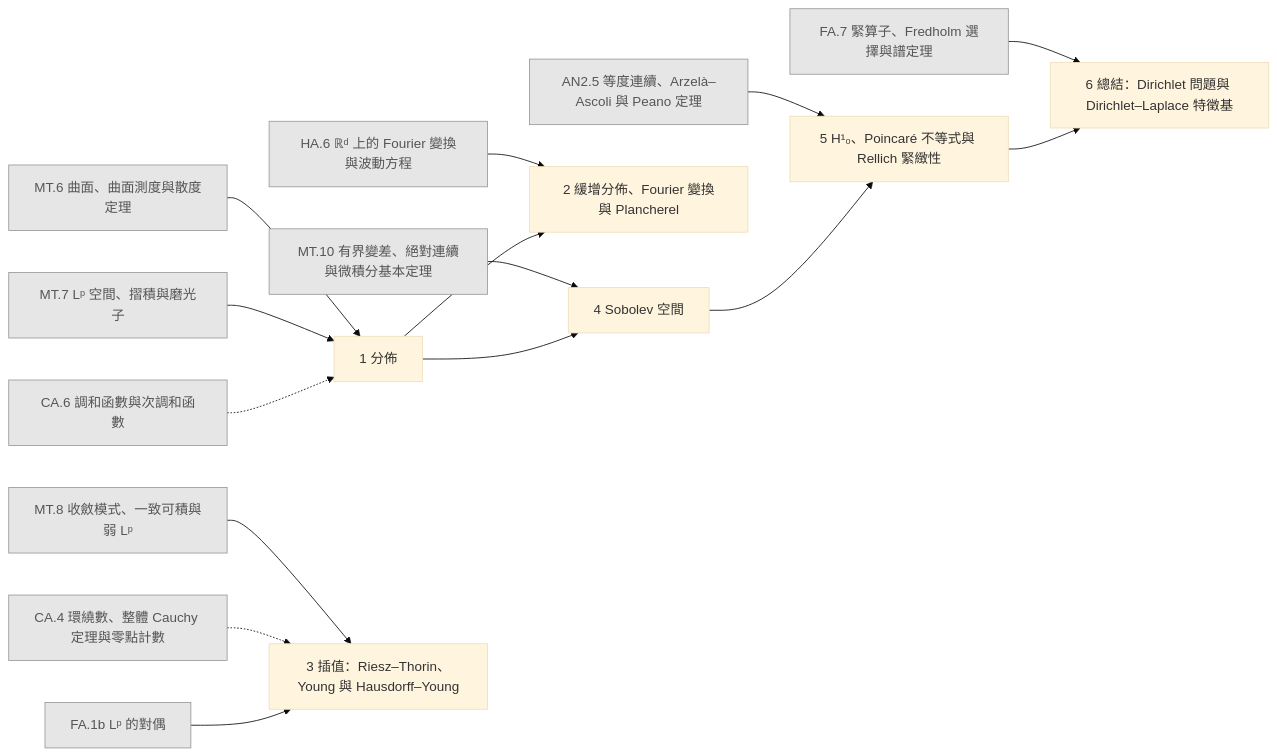
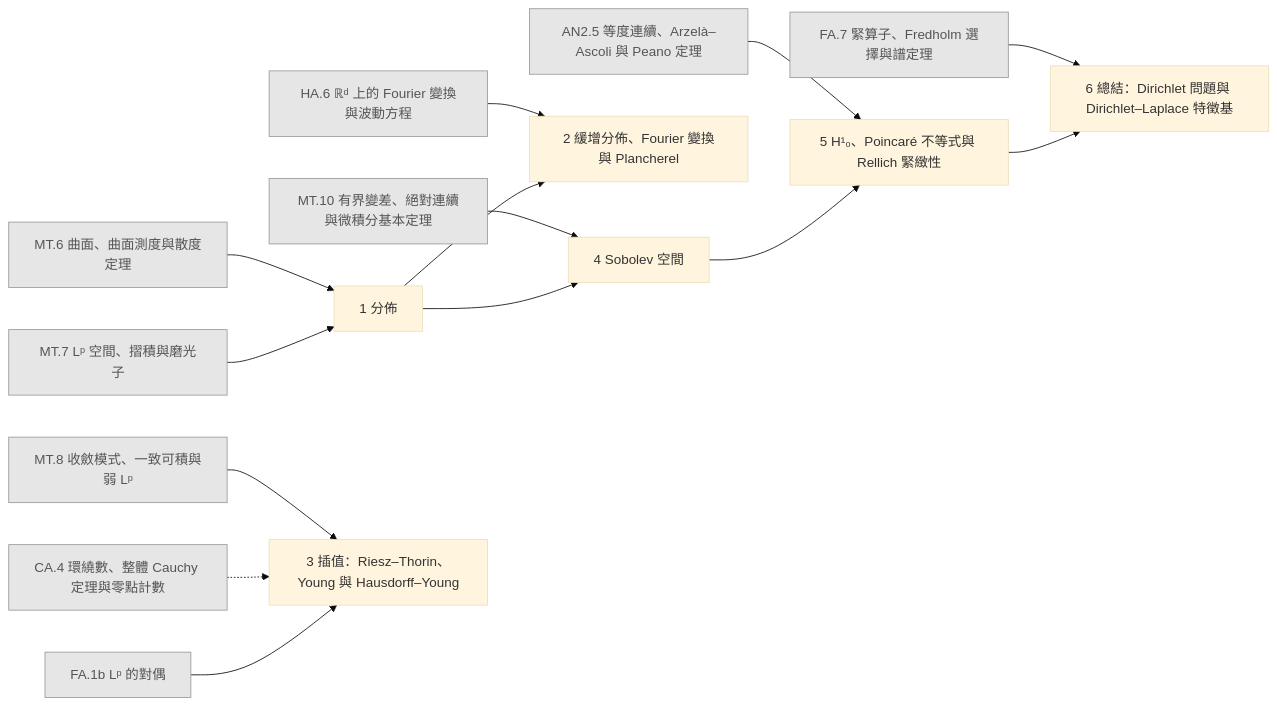
One commit to AkizumiFox/math-atlas changed the diagram in generated/chapters/PDE.mmd. Above: the diagram before and after it, drawn with Mermaid (base theme). The commit also changed 8 other files, not shown here.

```diff
--- a/generated/chapters/PDE.mmd
+++ b/generated/chapters/PDE.mmd
@@ -1,34 +1,32 @@
 flowchart LR
   AN2_5["AN2.5 等度連續、Arzelà–Ascoli 與 Peano 定理"]:::ext
   HA_6["HA.6 ℝᵈ 上的 Fourier 變換與波動方程"]:::ext
   MT_6["MT.6 曲面、曲面測度與散度定理"]:::ext
   MT_7["MT.7 Lᵖ 空間、摺積與磨光子"]:::ext
   MT_8["MT.8 收斂模式、一致可積與弱 Lᵖ"]:::ext
   MT_10["MT.10 有界變差、絕對連續與微積分基本定理"]:::ext
   CA_4["CA.4 環繞數、整體 Cauchy 定理與零點計數"]:::ext
-  CA_6["CA.6 調和函數與次調和函數"]:::ext
   FA_1b["FA.1b Lᵖ 的對偶"]:::ext
   FA_7["FA.7 緊算子、Fredholm 選擇與譜定理"]:::ext
   PDE_1["1 分佈"]
   PDE_2["2 緩增分佈、Fourier 變換與 Plancherel"]
   PDE_3["3 插值：Riesz–Thorin、Young 與 Hausdorff–Young"]
   PDE_4["4 Sobolev 空間"]
   PDE_5["5 H¹₀、Poincaré 不等式與 Rellich 緊緻性"]
   PDE_6["6 總結：Dirichlet 問題與 Dirichlet–Laplace 特徵基"]
   MT_6 --> PDE_1
   MT_7 --> PDE_1
-  CA_6 -.-> PDE_1
   HA_6 --> PDE_2
   PDE_1 --> PDE_2
   MT_8 --> PDE_3
   CA_4 -.-> PDE_3
   FA_1b --> PDE_3
   MT_10 --> PDE_4
   PDE_1 --> PDE_4
   AN2_5 --> PDE_5
   PDE_4 --> PDE_5
   FA_7 --> PDE_6
   PDE_5 --> PDE_6
   classDef ext fill:#e6e6e6,stroke:#999,color:#555
   classDef opt fill:#fff,stroke:#999,stroke-dasharray:4 3,color:#555
   classDef segb fill:#f6f6fb,stroke:#99a,color:#333
```
